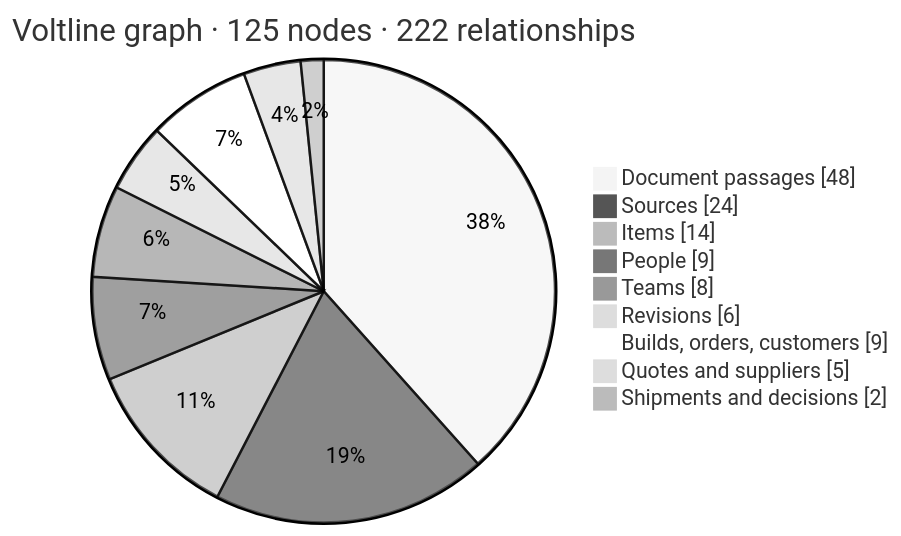
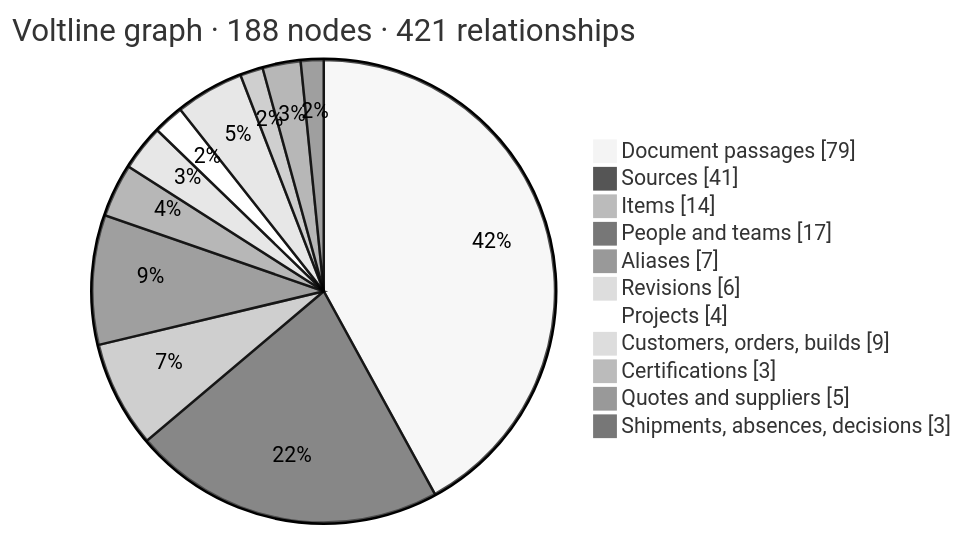
The fifth of 6 diagrams in README.md (SaiSiddharthBS/Neura1), drawn with Mermaid (neutral theme) before and after one commit. The commit also changed other lines of this file and 58 other files, not shown here.

````diff
--- a/README.md
+++ b/README.md
@@ -336,13 +363,15 @@
 ```mermaid
 pie showData
-    title Voltline graph · 125 nodes · 222 relationships
-    "Document passages" : 48
-    "Sources" : 24
+    title Voltline graph · 188 nodes · 421 relationships
+    "Document passages" : 79
+    "Sources" : 41
     "Items" : 14
-    "People" : 9
-    "Teams" : 8
+    "People and teams" : 17
+    "Aliases" : 7
     "Revisions" : 6
-    "Builds, orders, customers" : 9
+    "Projects" : 4
+    "Customers, orders, builds" : 9
+    "Certifications" : 3
     "Quotes and suppliers" : 5
-    "Shipments and decisions" : 2
+    "Shipments, absences, decisions" : 3
 ```
````
